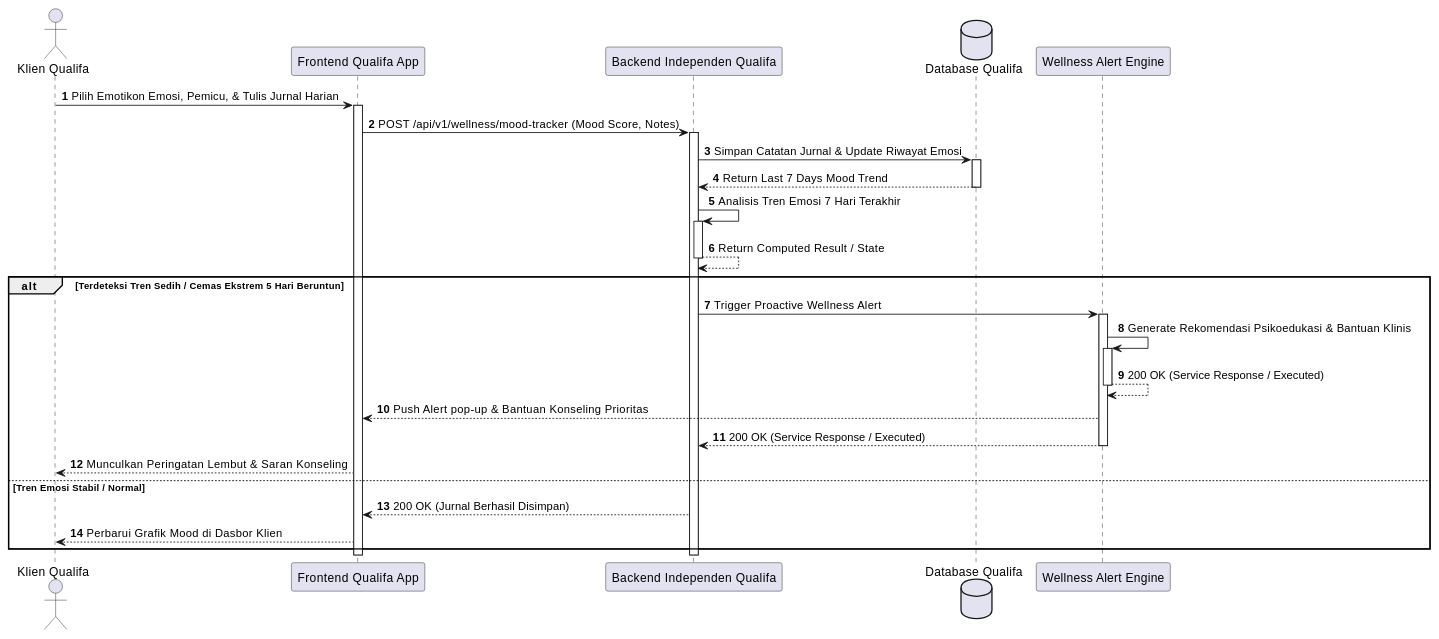
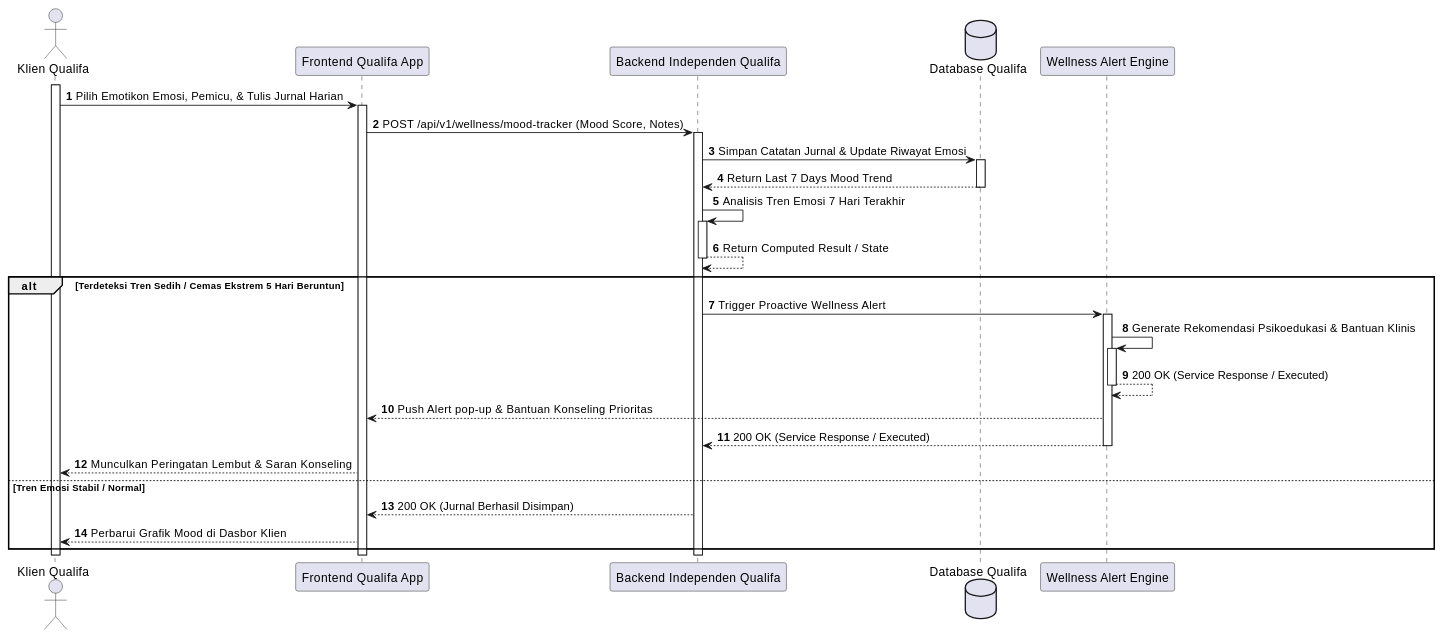
Before and after one commit to tupperwureism/SuperApp-Gagal: diagram 20 of 27 in MarkDown/plantuml_sequence_diagrams.md, drawn with PlantUML. The commit also changed other lines of this file and 2 other files, not shown here.

Commit message:
fix(uml): remove shorthand deactivations from actor return arrows and prevent double deactivations across SD Justifiqa and Qualifa

````diff
--- a/MarkDown/plantuml_sequence_diagrams.md
+++ b/MarkDown/plantuml_sequence_diagrams.md
@@ -1001,31 +989,33 @@
 ```plantuml
 @startuml
 autonumber
 actor "Klien Qualifa" as Klien
 participant "Frontend Qualifa App" as FE
 participant "Backend Independen Qualifa" as BE
 database "Database Qualifa" as DB
 participant "Wellness Alert Engine" as Alert
 
+activate Klien
 Klien -> FE ++ : Pilih Emotikon Emosi, Pemicu, & Tulis Jurnal Harian
 FE -> BE ++ : POST /api/v1/wellness/mood-tracker (Mood Score, Notes)
 BE -> DB ++ : Simpan Catatan Jurnal & Update Riwayat Emosi
 DB --> BE -- : Return Last 7 Days Mood Trend
 
 BE -> BE ++ : Analisis Tren Emosi 7 Hari Terakhir
 BE --> BE -- : Return Computed Result / State
 alt Terdeteksi Tren Sedih / Cemas Ekstrem 5 Hari Beruntun
     BE -> Alert ++ : Trigger Proactive Wellness Alert
     Alert -> Alert ++ : Generate Rekomendasi Psikoedukasi & Bantuan Klinis
     Alert --> Alert -- : 200 OK (Service Response / Executed)
     Alert --> FE : Push Alert pop-up & Bantuan Konseling Prioritas
     Alert --> BE -- : 200 OK (Service Response / Executed)
     FE --> Klien : Munculkan Peringatan Lembut & Saran Konseling
 else Tren Emosi Stabil / Normal
     BE --> FE : 200 OK (Jurnal Berhasil Disimpan)
     FE --> Klien : Perbarui Grafik Mood di Dasbor Klien
 end
 deactivate BE
 deactivate FE
+deactivate Klien
 @enduml
 ```
````
